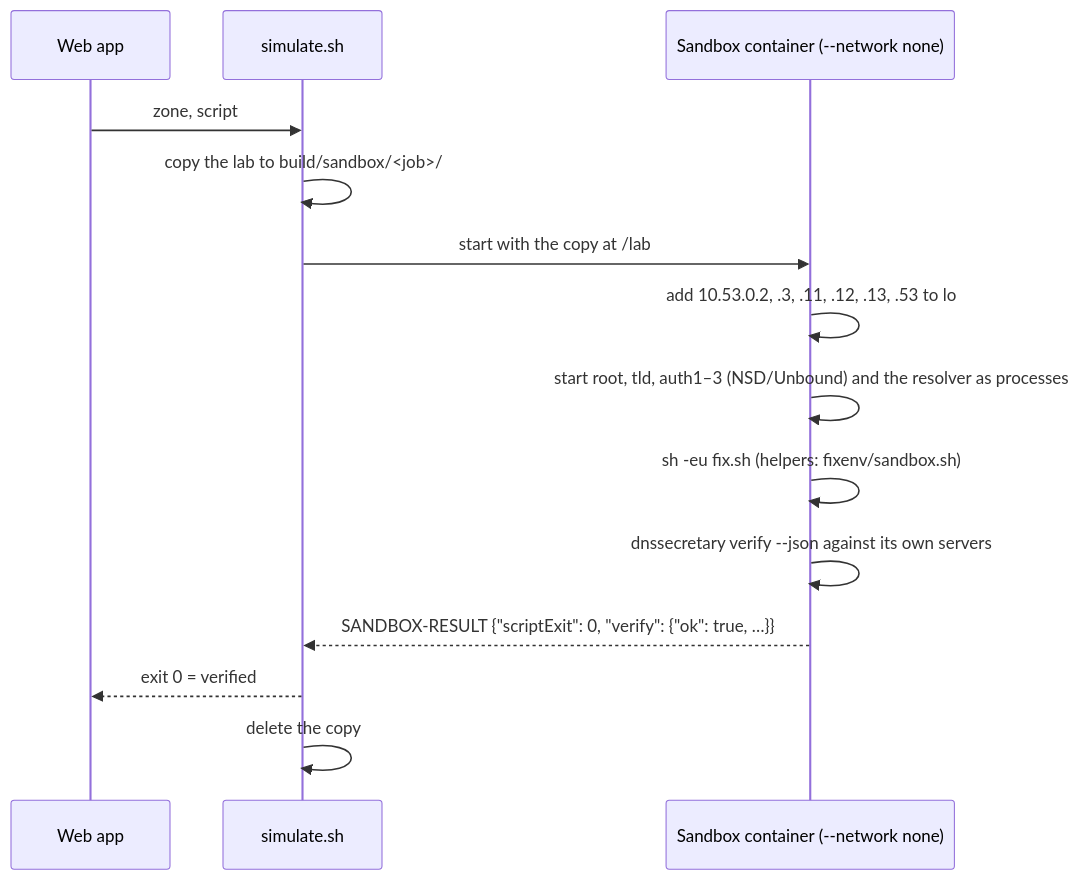
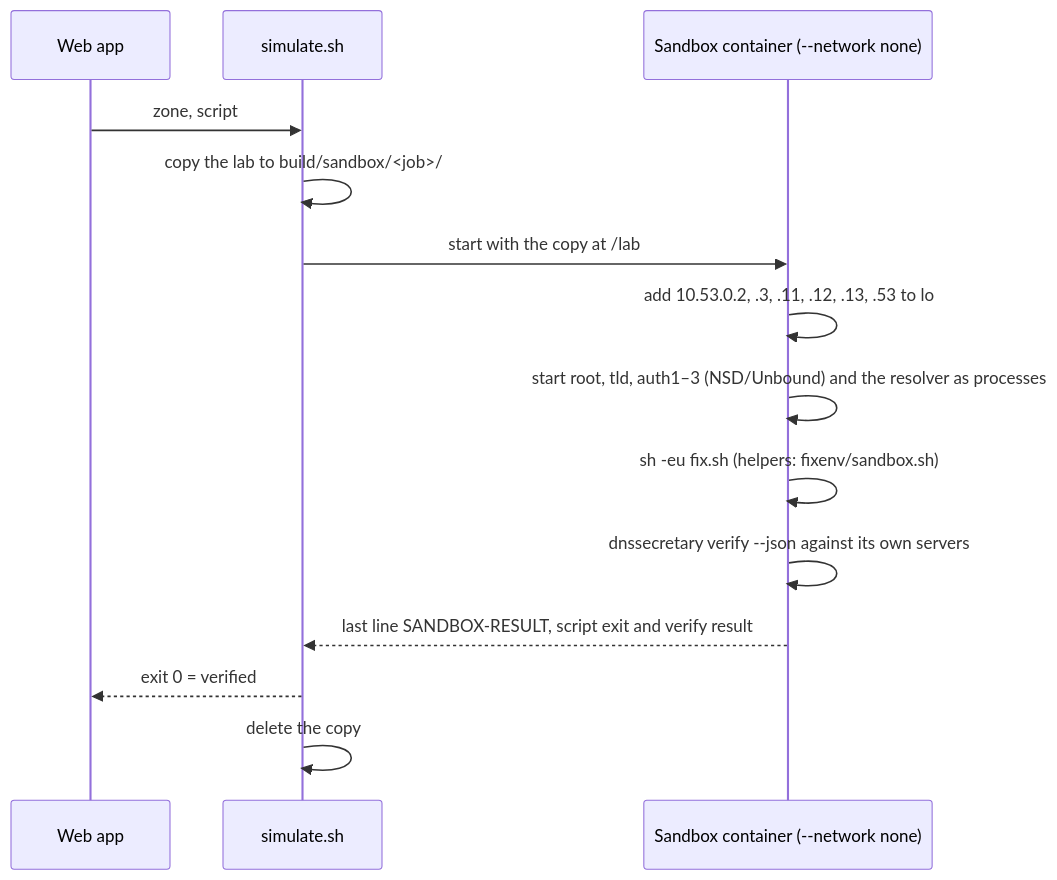
One commit to tomovicj/dnssecretary changed the diagram in docs/fixes.md. Above: the diagram before and after it, drawn with Mermaid. The commit also changed 5 other files, not shown here.

````diff
--- a/docs/fixes.md
+++ b/docs/fixes.md
@@ -88,16 +88,16 @@
 ```mermaid
 sequenceDiagram
     participant W as Web app
     participant S as simulate.sh
     participant B as Sandbox container (--network none)
     W->>S: zone, script
     S->>S: copy the lab to build/sandbox/<job>/
     S->>B: start with the copy at /lab
     B->>B: add 10.53.0.2, .3, .11, .12, .13, .53 to lo
     B->>B: start root, tld, auth1–3 (NSD/Unbound) and the resolver as processes
     B->>B: sh -eu fix.sh (helpers: fixenv/sandbox.sh)
     B->>B: dnssecretary verify --json against its own servers
-    B-->>S: SANDBOX-RESULT {"scriptExit": 0, "verify": {"ok": true, …}}
+    B-->>S: last line SANDBOX-RESULT, script exit and verify result
     S-->>W: exit 0 = verified
     S->>S: delete the copy
 ```
````
